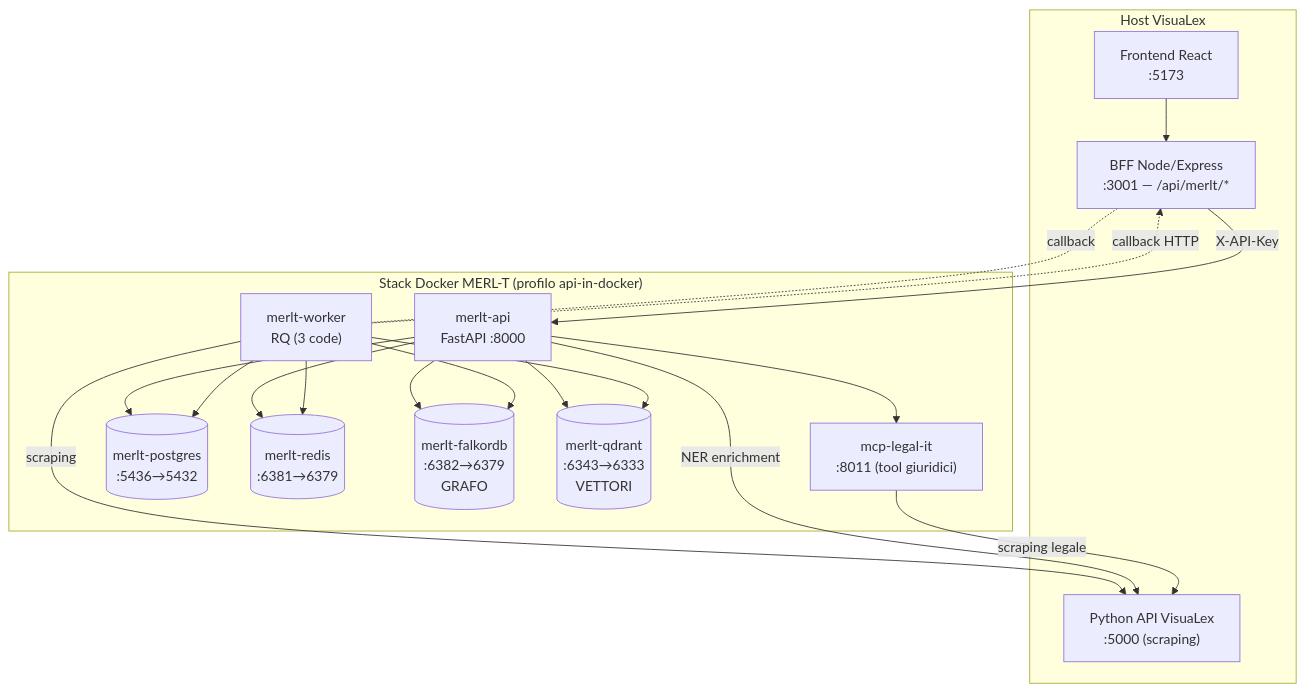
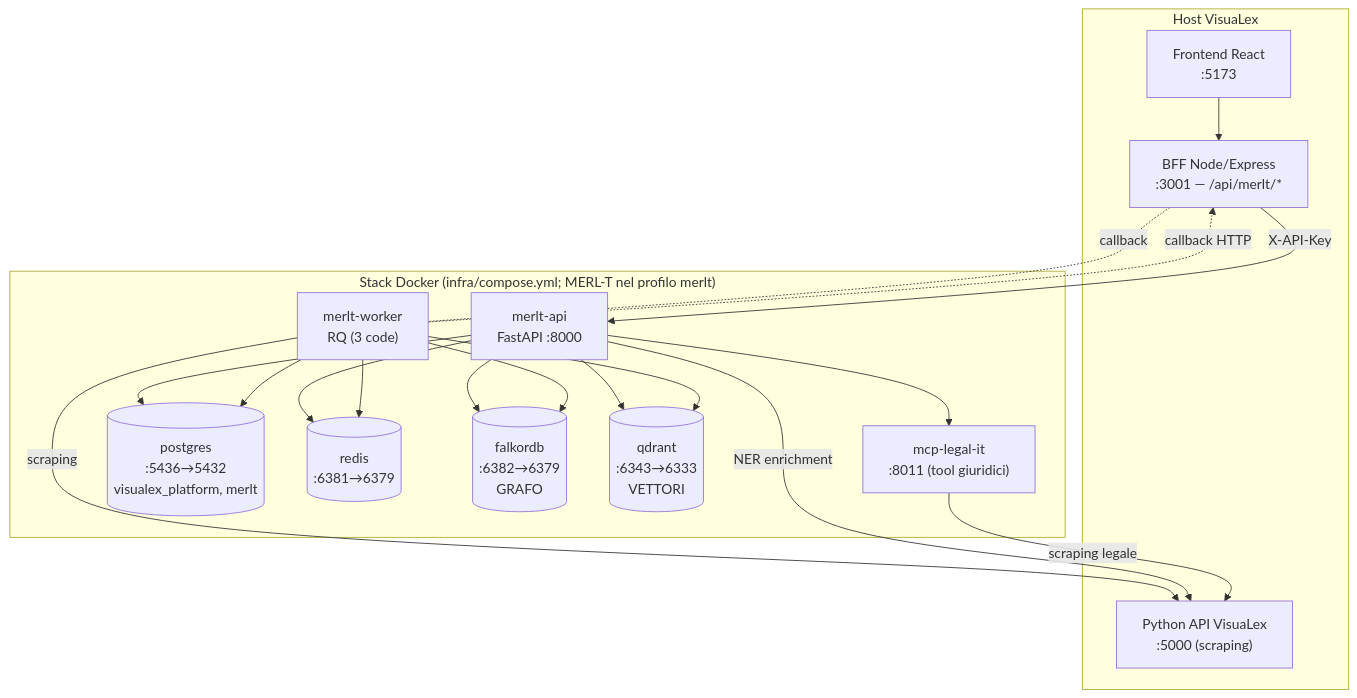
Before and after one commit to capazme/VisuaLexAPI: the second of 8 diagrams in docs/merlt/blueprint.md, drawn with Mermaid. The commit also changed other lines of this file and 10 other files, not shown here.

First line of the commit message:
docs: no destructive reset on the one stack; MERL-T docs describe it

````diff
--- a/docs/merlt/blueprint.md
+++ b/docs/merlt/blueprint.md
@@ -152,26 +152,26 @@
 ```mermaid
 flowchart TB
     subgraph HOST["Host VisuaLex"]
         FE["Frontend React<br/>:5173"]
         BFF["BFF Node/Express<br/>:3001 — /api/merlt/*"]
         PY["Python API VisuaLex<br/>:5000 (scraping)"]
     end
-    subgraph MERLT["Stack Docker MERL-T (profilo api-in-docker)"]
+    subgraph MERLT["Stack Docker (infra/compose.yml; MERL-T nel profilo merlt)"]
         API["merlt-api<br/>FastAPI :8000"]
         WK["merlt-worker<br/>RQ (3 code)"]
         MCP["mcp-legal-it<br/>:8011 (tool giuridici)"]
-        PG[("merlt-postgres<br/>:5436→5432")]
-        RD[("merlt-redis<br/>:6381→6379")]
-        FK[("merlt-falkordb<br/>:6382→6379<br/>GRAFO")]
-        QD[("merlt-qdrant<br/>:6343→6333<br/>VETTORI")]
+        PG[("postgres<br/>:5436→5432<br/>visualex_platform, merlt")]
+        RD[("redis<br/>:6381→6379")]
+        FK[("falkordb<br/>:6382→6379<br/>GRAFO")]
+        QD[("qdrant<br/>:6343→6333<br/>VETTORI")]
     end
     FE --> BFF
     BFF -->|"X-API-Key"| API
     BFF -.callback.- WK
     API --> PG & RD & FK & QD & MCP
     WK --> PG & RD & FK & QD
     WK -->|scraping| PY
     API -->|NER enrichment| PY
     WK -.callback HTTP.-> BFF
     MCP -->|scraping legale| PY
 ```
````
